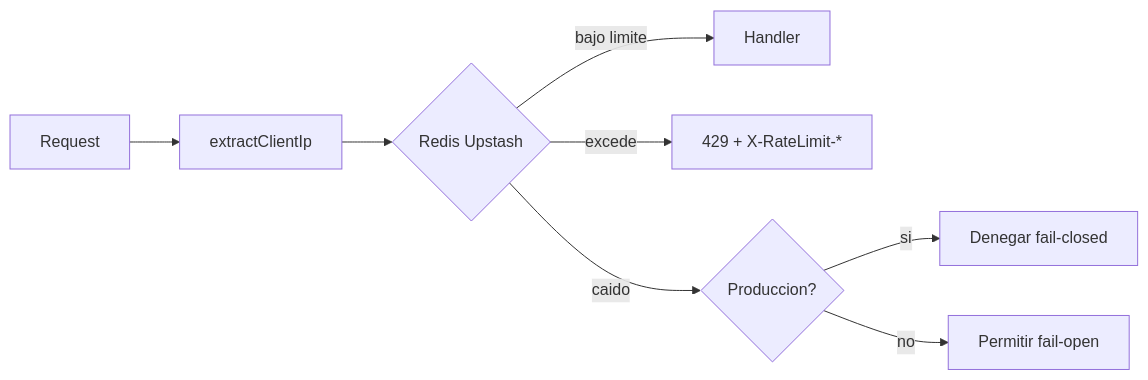
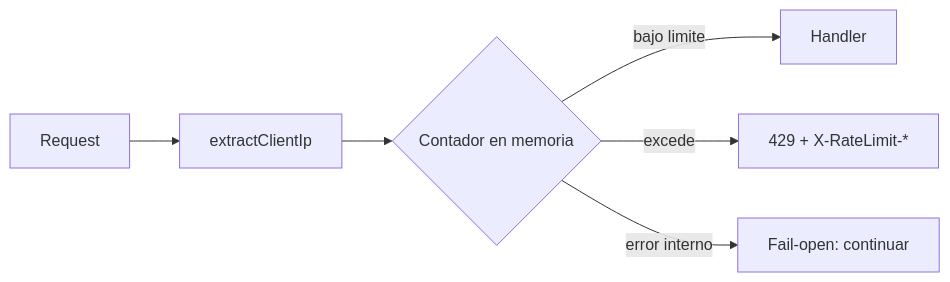
One commit to StrategicConnex/StrategicConnexAudit changed the second of 2 diagrams in docs/security.md. Above: the diagram before and after it, drawn with Mermaid. The commit also changed other lines of this file and 67 other files, not shown here.

````diff
--- a/docs/security.md
+++ b/docs/security.md
@@ -360,10 +360,8 @@
 ```mermaid
 flowchart LR
   A[Request] --> B[extractClientIp]
-  B --> C{Redis Upstash}
+  B --> C{Contador en memoria}
   C -->|bajo limite| D[Handler]
   C -->|excede| E[429 + X-RateLimit-*]
-  C -->|caido| F{Produccion?}
-  F -->|si| G[Denegar fail-closed]
-  F -->|no| H[Permitir fail-open]
+  C -->|error interno| F[Fail-open: continuar]
 ```
````
